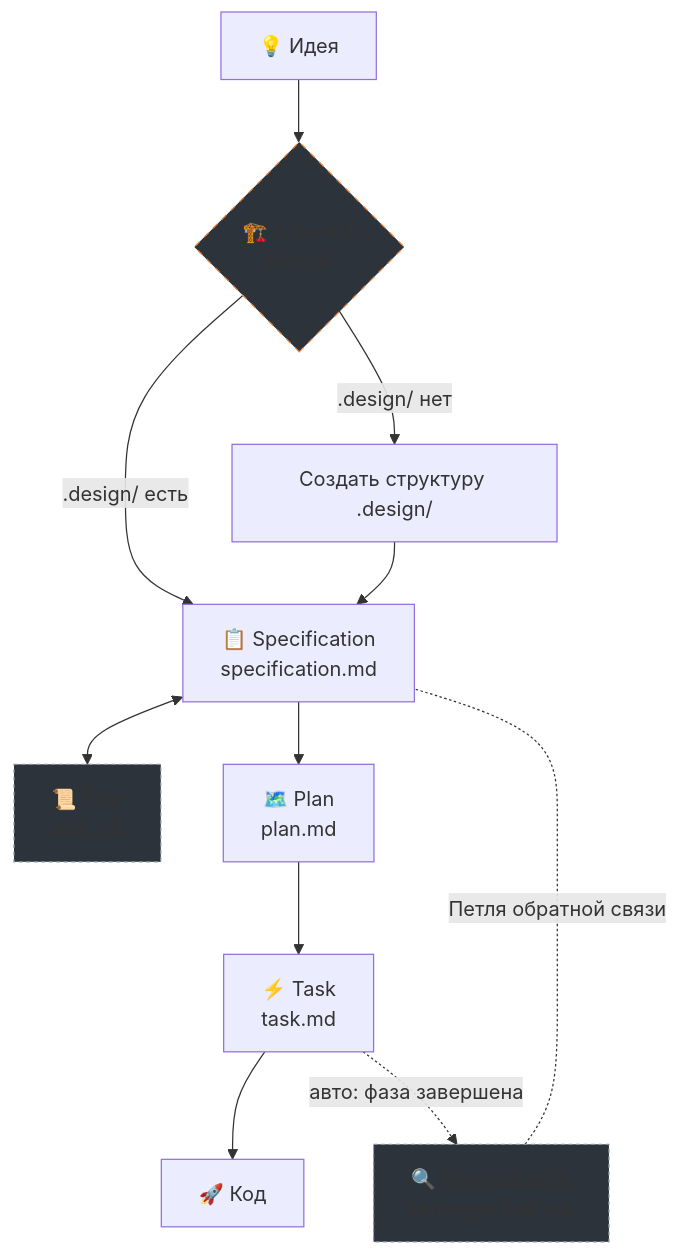
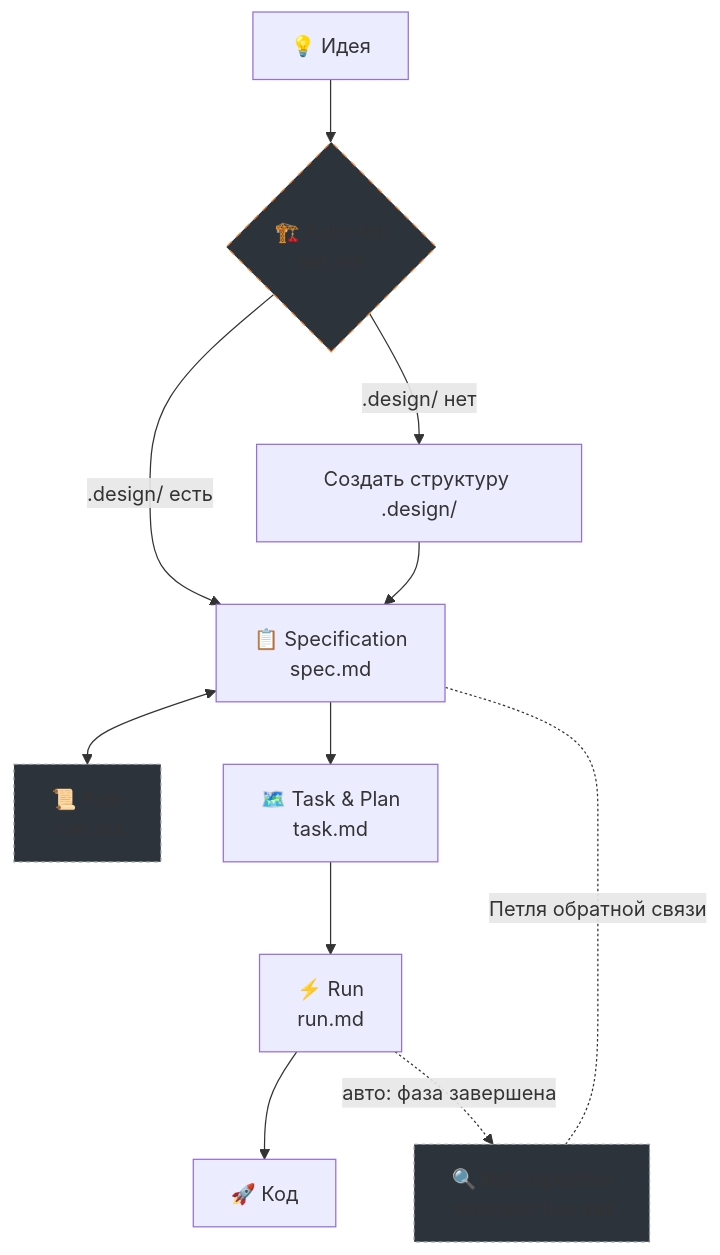
One commit to teratron/magic-spec changed the first of 2 diagrams in docs/README.ru.md. Above: the diagram before and after it, drawn with Mermaid. The commit also changed other lines of this file and 25 other files, not shown here.

````diff
--- a/docs/README.ru.md
+++ b/docs/README.ru.md
@@ -30,16 +30,16 @@
 ```mermaid
 graph TD
     IDEA["💡 Идея"] --> INIT{"🏗️ Auto-Init<br/>init.md"}
     INIT -->|.design/ есть| SPEC
     INIT -->|.design/ нет| CREATE["Создать структуру .design/"] --> SPEC
-    SPEC["📋 Specification<br/>specification.md"] <--> RULE["📜 Rule<br/>rule.md"]
-    SPEC --> PLAN["🗺️ Plan<br/>plan.md"]
-    PLAN --> TASK["⚡ Task<br/>task.md"]
-    TASK --> CODE["🚀 Код"]
-    TASK -.->|"авто: фаза завершена"| RETRO["🔍 Retrospective<br/>retrospective.md"]
+    SPEC["📋 Specification<br/>spec.md"] <--> RULE["📜 Rule<br/>rule.md"]
+    SPEC --> TASK["🗺️ Task & Plan<br/>task.md"]
+    TASK --> RUN["⚡ Run<br/>run.md"]
+    RUN --> CODE["🚀 Код"]
+    RUN -.->|"авто: фаза завершена"| RETRO["🔍 Retrospective<br/>retrospective.md"]
     RETRO -.-|Петля обратной связи| SPEC
 
     style INIT fill:#2d333b,stroke:#f0883e,stroke-dasharray: 5 5
     style RULE fill:#2d333b,stroke:#8b949e,stroke-dasharray: 3 3
     style RETRO fill:#2d333b,stroke:#8b949e,stroke-dasharray: 3 3
 ```
````
